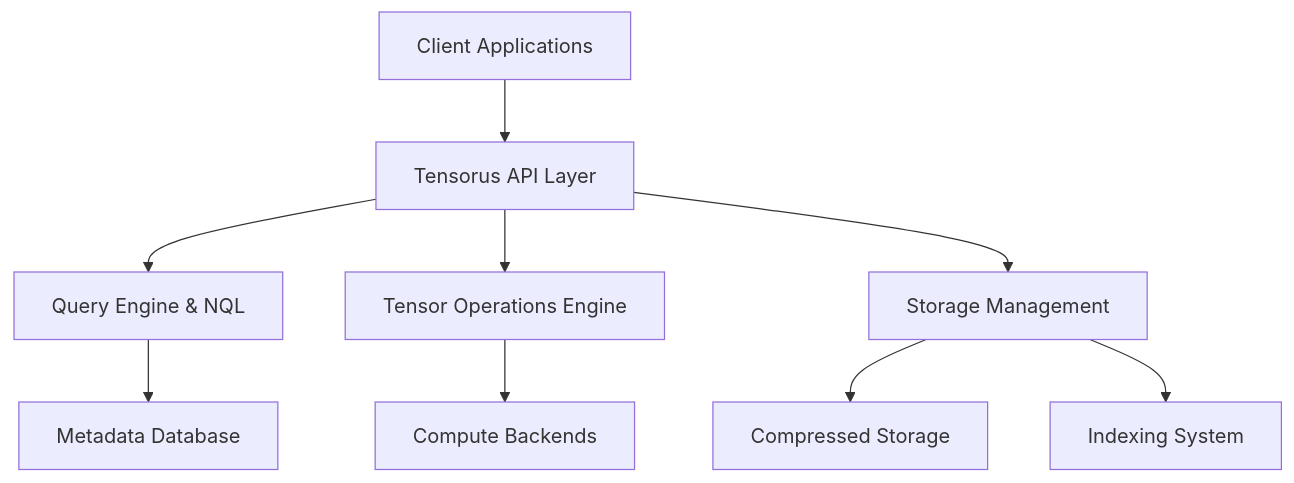
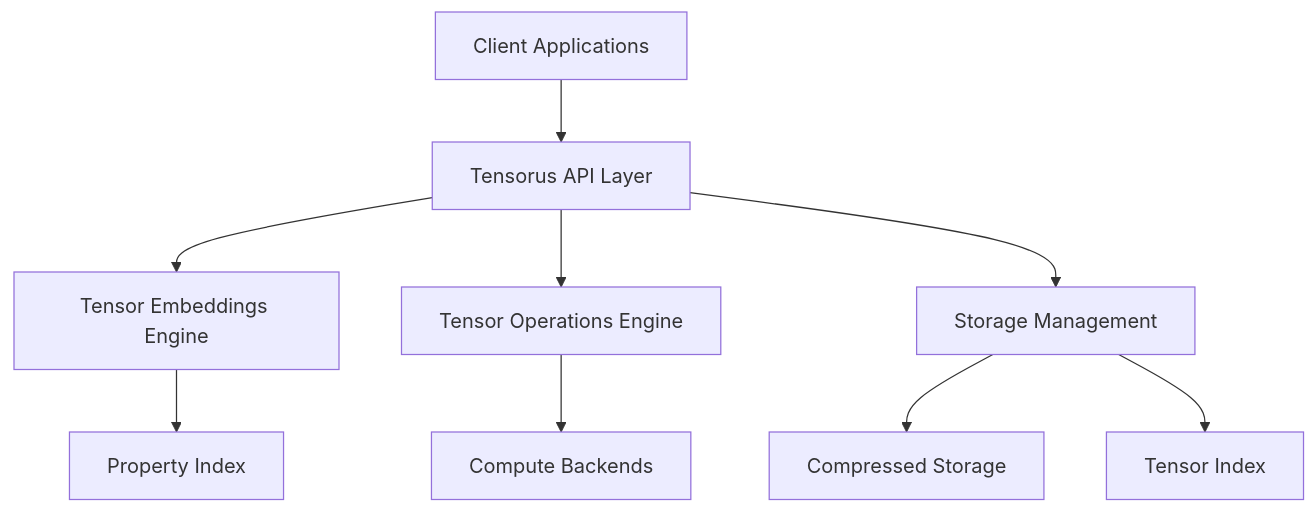
The diagram in docs/index.md (tensorus/tensorus), drawn with Mermaid before and after one commit. The commit also changed other lines of this file and 4 other files, not shown here.

First line of the commit message:
Implement Tensor Embeddings, update SDK, update documentation

````diff
--- a/docs/index.md
+++ b/docs/index.md
@@ -40,11 +34,11 @@
 ```mermaid
 graph TB
     A[Client Applications] --> B[Tensorus API Layer]
-    B --> C[Query Engine & NQL]
+    B --> C[Tensor Embeddings Engine]
     B --> D[Tensor Operations Engine]
     B --> E[Storage Management]
-    C --> F[Metadata Database]
+    C --> F[Property Index]
     D --> G[Compute Backends]
     E --> H[Compressed Storage]
-    E --> I[Indexing System]
+    E --> I[Tensor Index]
 ```
````
